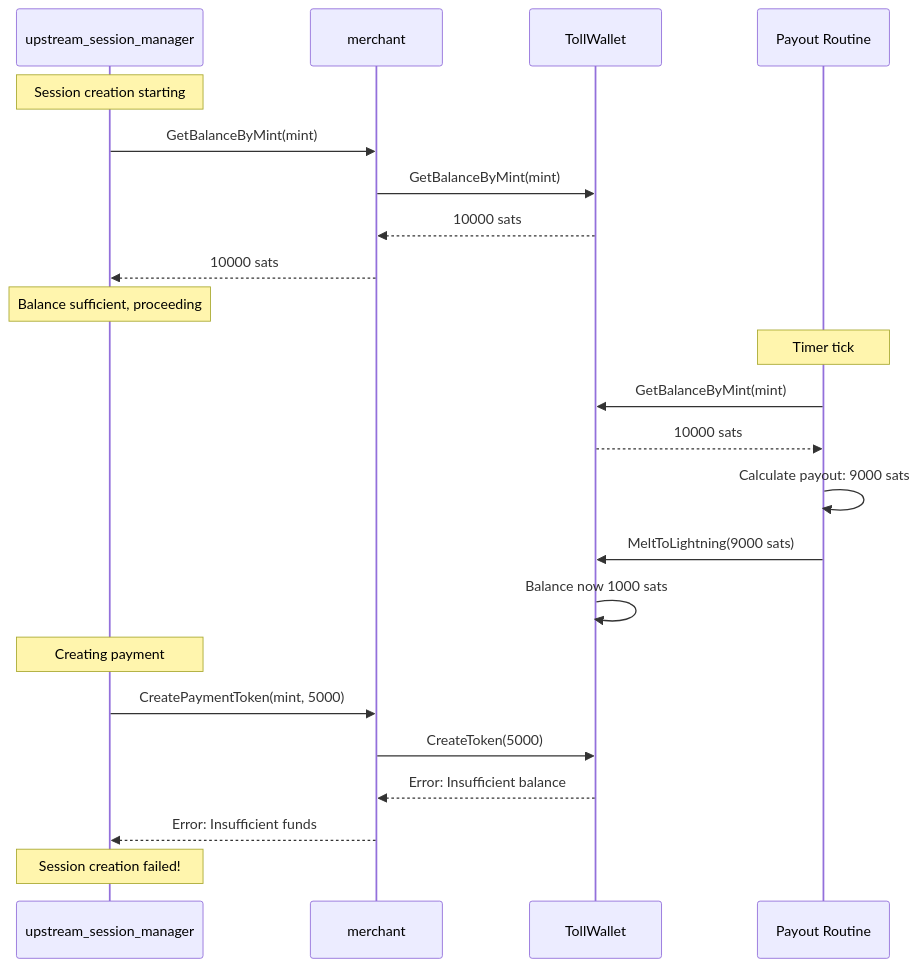
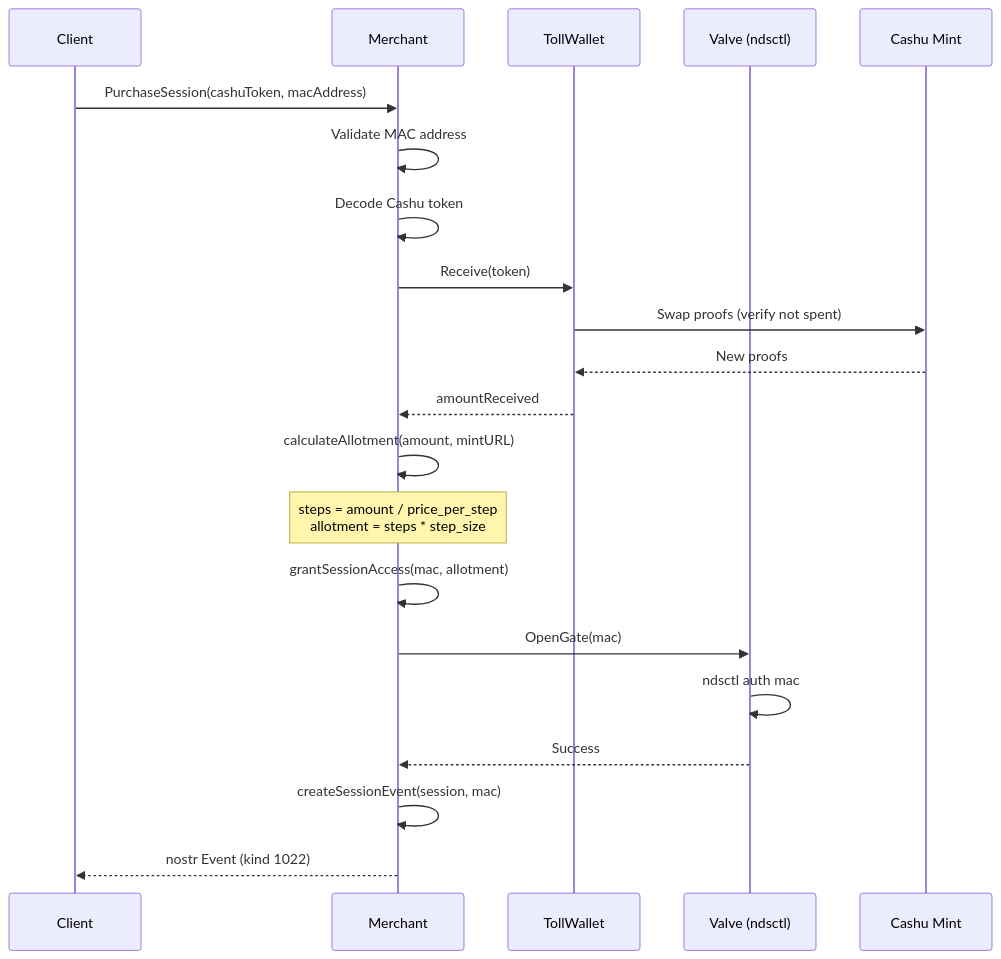
The fourth of 4 diagrams in docs/merchant.md (OpenTollGate/tollgate-module-basic-go), drawn with Mermaid before and after one commit. The commit also changed other lines of this file and 4 other files, not shown here.

First line of the commit message:
docs: update documentation for degraded mode architecture (PRs #138-#140)

````diff
--- a/docs/merchant.md
+++ b/docs/merchant.md
@@ -223,30 +548,27 @@
 ```mermaid
 sequenceDiagram
-    participant CH as upstream_session_manager
-    participant MR as merchant
+    participant Client as Client
+    participant M as Merchant
     participant TW as TollWallet
-    participant PO as Payout Routine
-    
-    Note over CH: Session creation starting
-    CH->>MR: GetBalanceByMint(mint)
-    MR->>TW: GetBalanceByMint(mint)
-    TW-->>MR: 10000 sats
-    MR-->>CH: 10000 sats
-    
-    Note over CH: Balance sufficient, proceeding
-    
-    Note over PO: Timer tick
-    PO->>TW: GetBalanceByMint(mint)
-    TW-->>PO: 10000 sats
-    PO->>PO: Calculate payout: 9000 sats
-    PO->>TW: MeltToLightning(9000 sats)
-    TW->>TW: Balance now 1000 sats
-    
-    Note over CH: Creating payment
-    CH->>MR: CreatePaymentToken(mint, 5000)
-    MR->>TW: CreateToken(5000)
-    TW-->>MR: Error: Insufficient balance
-    MR-->>CH: Error: Insufficient funds
-    
-    Note over CH: Session creation failed!
+    participant V as Valve (ndsctl)
+    participant MINT as Cashu Mint
+
+    Client->>M: PurchaseSession(cashuToken, macAddress)
+    M->>M: Validate MAC address
+    M->>M: Decode Cashu token
+    M->>TW: Receive(token)
+    TW->>MINT: Swap proofs (verify not spent)
+    MINT-->>TW: New proofs
+    TW-->>M: amountReceived
+
+    M->>M: calculateAllotment(amount, mintURL)
+    Note over M: steps = amount / price_per_step<br/>allotment = steps * step_size
+
+    M->>M: grantSessionAccess(mac, allotment)
+    M->>V: OpenGate(mac)
+    V->>V: ndsctl auth mac
+    V-->>M: Success
+
+    M->>M: createSessionEvent(session, mac)
+    M-->>Client: nostr Event (kind 1022)
 ```
````
